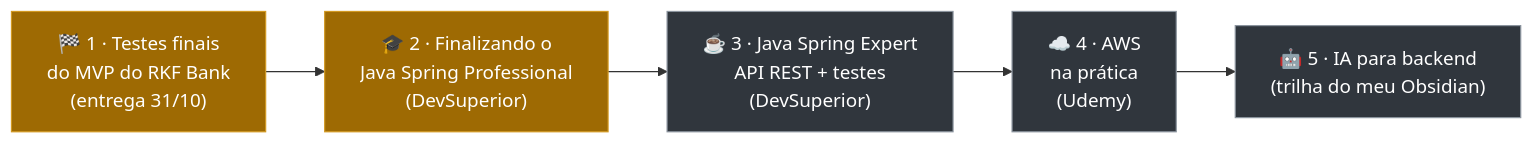
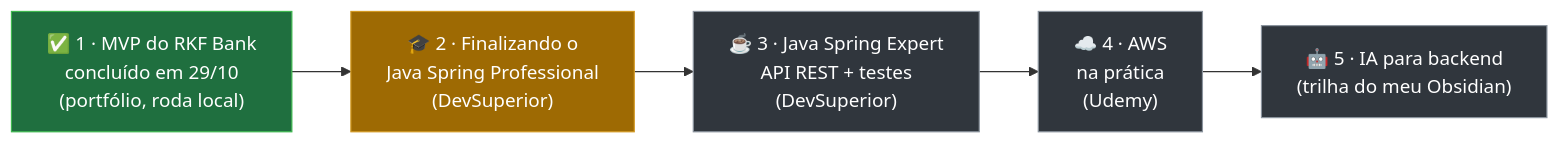
Diagram 14 of 22 in README.md (k3vinrich4rd/k3vinrich4rd), drawn with Mermaid before and after one commit. The commit also changed other lines of this file and 3 other files, not shown here.

First line of the commit message:
docs(perfil): MVP do RKF Bank concluido e sem fase de deploy

````diff
--- a/README.md
+++ b/README.md
@@ -1656,9 +1654,10 @@
 ```mermaid
 flowchart LR
-    A["🏁 1 · Testes finais<br/>do MVP do RKF Bank<br/>(entrega 31/10)"]:::agora --> B["🎓 2 · Finalizando o<br/>Java Spring Professional<br/>(DevSuperior)"]:::agora
+    A["✅ 1 · MVP do RKF Bank<br/>concluído em 29/10<br/>(portfólio, roda local)"]:::feito --> B["🎓 2 · Finalizando o<br/>Java Spring Professional<br/>(DevSuperior)"]:::agora
     B --> C["☕ 3 · Java Spring Expert<br/>API REST + testes<br/>(DevSuperior)"]:::proximo
     C --> D["☁️ 4 · AWS<br/>na prática<br/>(Udemy)"]:::proximo
     D --> E["🤖 5 · IA para backend<br/>(trilha do meu Obsidian)"]:::proximo
     classDef agora fill:#9e6a03,stroke:#d29922,color:#fff
+    classDef feito fill:#1f6f3f,stroke:#3fb950,color:#fff
     classDef proximo fill:#30363d,stroke:#8b949e,color:#fff
 ```
````
